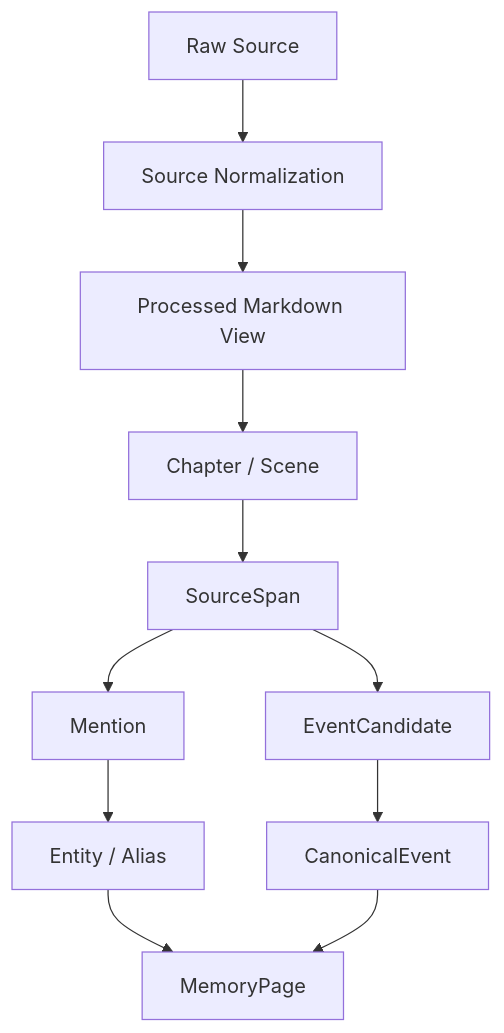
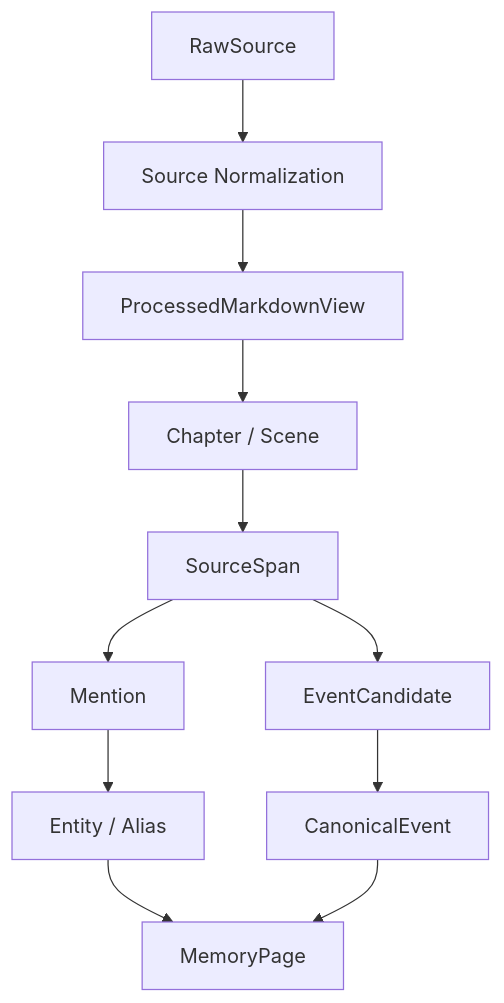
Before and after one commit to FrankQDWang/sextantlabs: the fifth of 5 diagrams in goals/16-source-normalization.md, drawn with Mermaid. The commit also changed other lines of this file, not shown here.

Commit message:
Unify source normalization enums

````diff
--- a/goals/16-source-normalization.md
+++ b/goals/16-source-normalization.md
@@ -198,13 +231,13 @@
 ```mermaid
 flowchart TD
-    A[Raw Source] --> B[Source Normalization]
-    B --> C[Processed Markdown View]
+    A[RawSource] --> B[Source Normalization]
+    B --> C[ProcessedMarkdownView]
     C --> D[Chapter / Scene]
     D --> E[SourceSpan]
     E --> F[Mention]
     E --> G[EventCandidate]
     F --> H[Entity / Alias]
     G --> I[CanonicalEvent]
     H --> J[MemoryPage]
     I --> J
 ```
````
